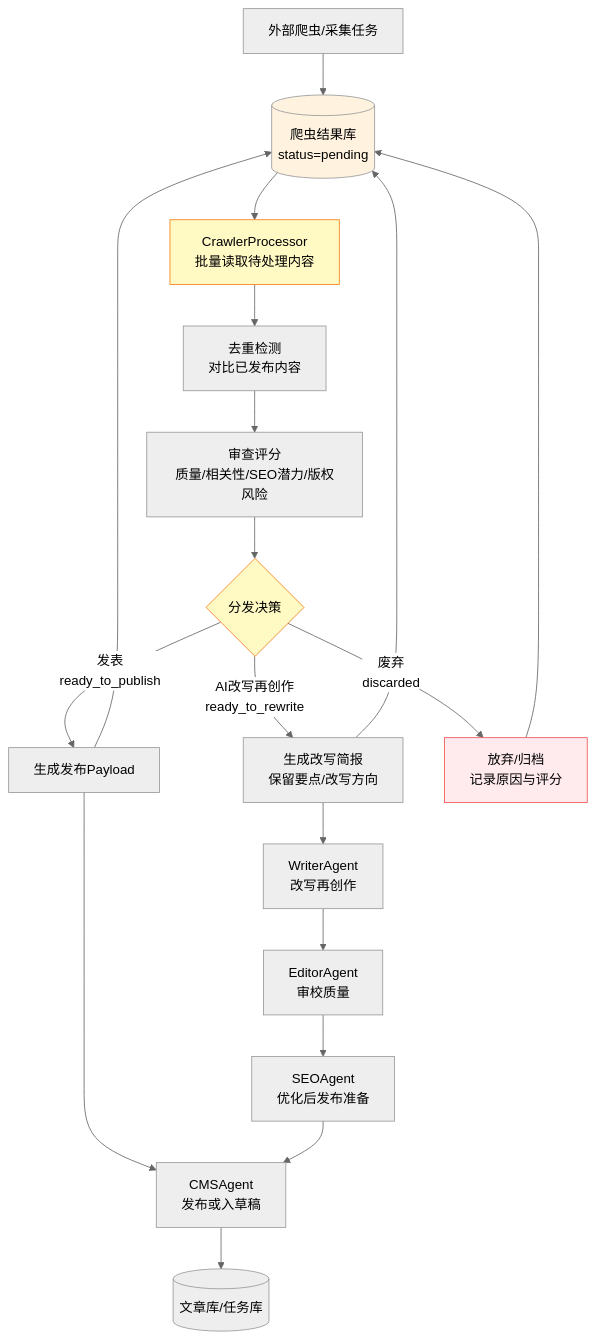
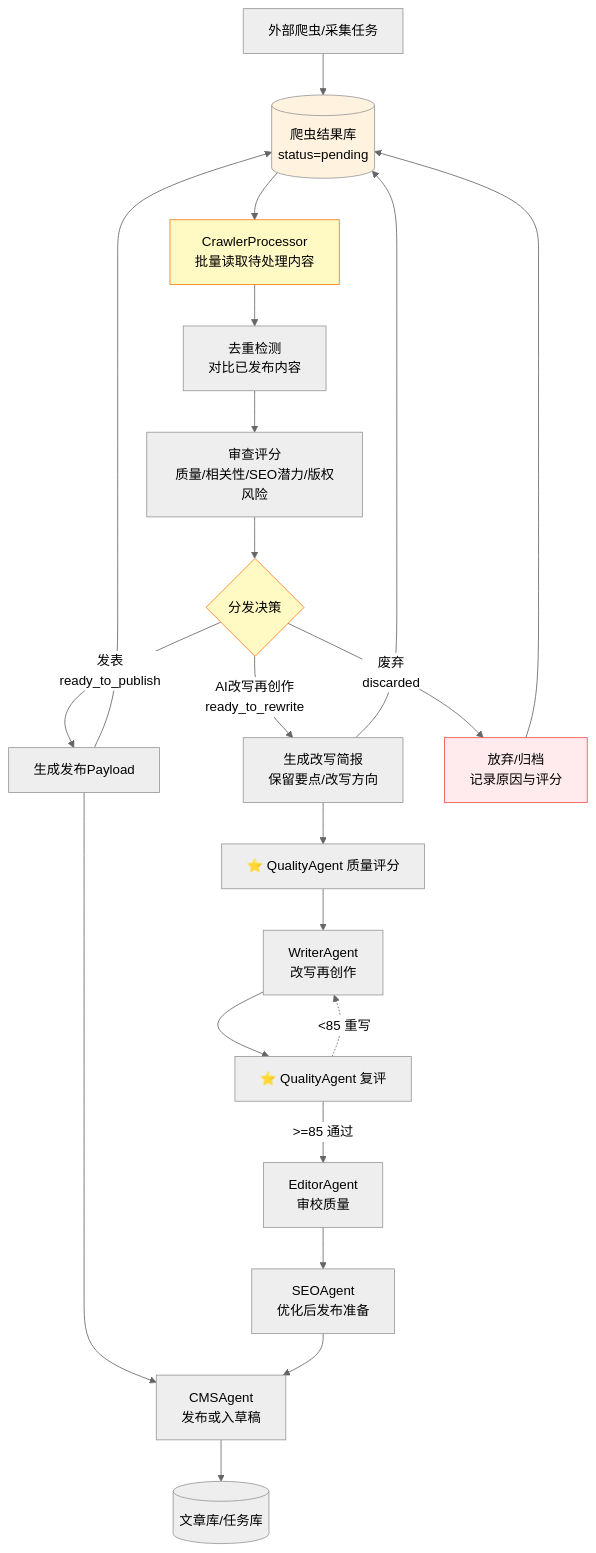
Before and after one commit to flyingsnowzz/Multi-Agent-Automatic-Operation-Website: the third of 7 diagrams in 02-技术实现规范.md, drawn with Mermaid (neutral theme). The commit also changed other lines of this file and 4 other files, not shown here.

````diff
--- a/02-技术实现规范.md
+++ b/02-技术实现规范.md
@@ -135,28 +142,31 @@
 ```mermaid
 flowchart TD
     SPIDER["外部爬虫/采集任务"] --> CRAWLER_DB[("爬虫结果库<br/>status=pending")]
     CRAWLER_DB --> CRAWLER["CrawlerProcessor<br/>批量读取待处理内容"]
     CRAWLER --> DEDUP["去重检测<br/>对比已发布内容"]
     DEDUP --> SCORE["审查评分<br/>质量/相关性/SEO潜力/版权风险"]
     SCORE --> DECISION{"分发决策"}
 
     DECISION -->|"发表<br/>ready_to_publish"| PUBLISH_PAYLOAD["生成发布Payload"]
     PUBLISH_PAYLOAD --> CMS["CMSAgent<br/>发布或入草稿"]
 
     DECISION -->|"AI改写再创作<br/>ready_to_rewrite"| BRIEF["生成改写简报<br/>保留要点/改写方向"]
-    BRIEF --> WRITER["WriterAgent<br/>改写再创作"]
-    WRITER --> EDITOR["EditorAgent<br/>审校质量"]
+    BRIEF --> Q_CRAWL["⭐ QualityAgent 质量评分"]
+    Q_CRAWL --> WRITER["WriterAgent<br/>改写再创作"]
+    WRITER --> Q_REV2["⭐ QualityAgent 复评"]
+    Q_REV2 -->|">=85 通过"| EDITOR["EditorAgent<br/>审校质量"]
+    Q_REV2 -.->|"<85 重写"| WRITER
     EDITOR --> SEO["SEOAgent<br/>优化后发布准备"]
     SEO --> CMS
 
     DECISION -->|"废弃<br/>discarded"| DISCARD["放弃/归档<br/>记录原因与评分"]
     CMS --> ARTICLE_DB[("文章库/任务库")]
     DISCARD --> CRAWLER_DB
     PUBLISH_PAYLOAD --> CRAWLER_DB
     BRIEF --> CRAWLER_DB
 
     style CRAWLER_DB fill:#fff3e0
     style CRAWLER fill:#fff9c4,stroke:#f57f17
     style DECISION fill:#fff9c4,stroke:#f57f17
     style DISCARD fill:#ffebee,stroke:#ef5350
 ```
````
